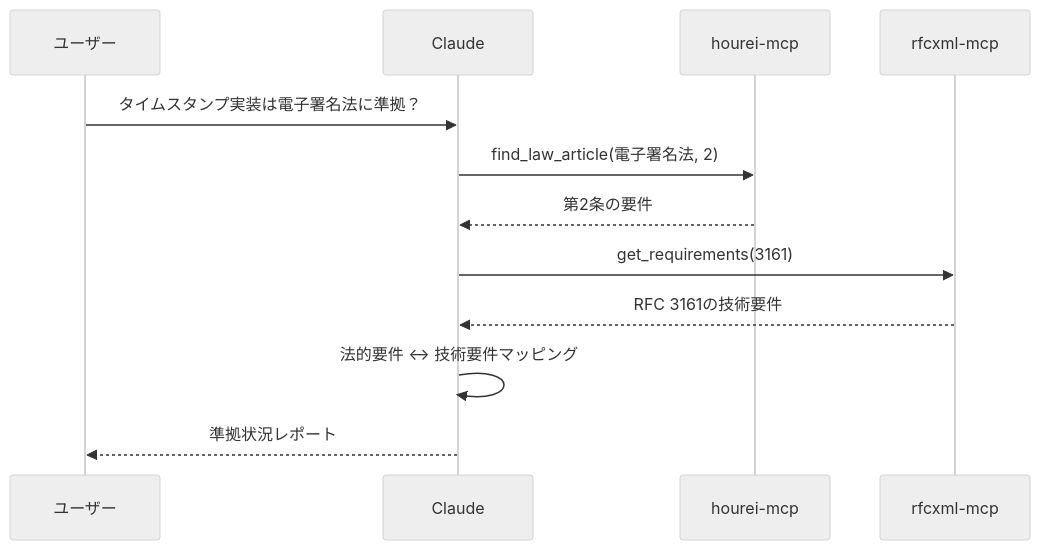
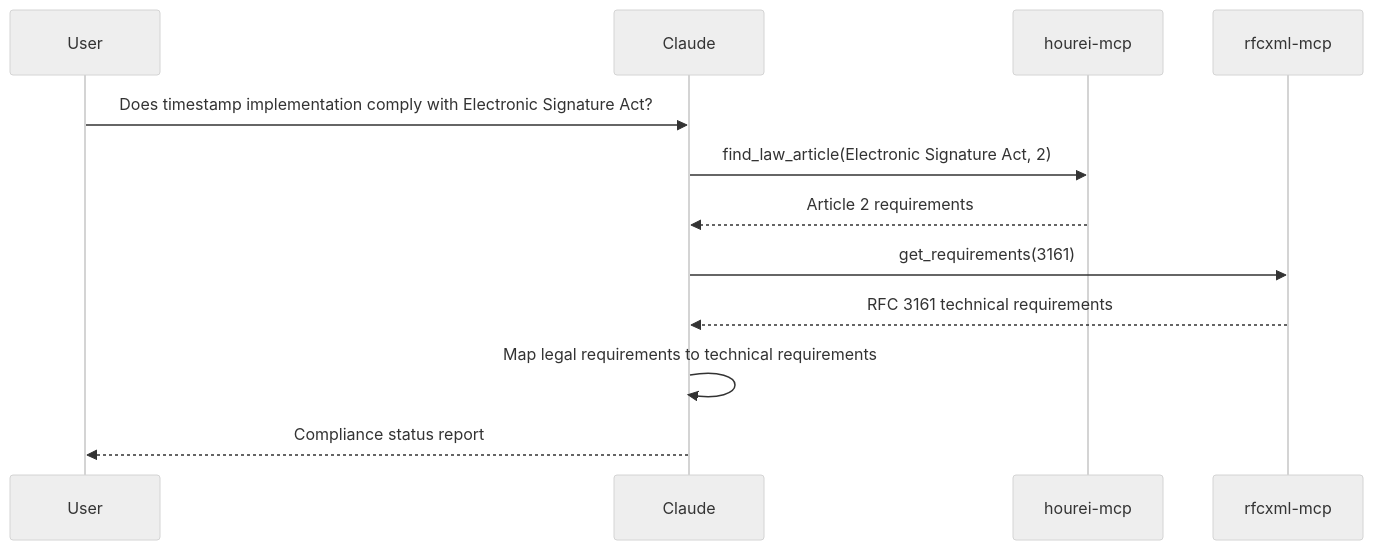
The fifth of 5 diagrams in docs/mcp/catalog.md (shuji-bonji/ai-agent-architecture), drawn with Mermaid (neutral theme) before and after one commit. The commit also changed other lines of this file and 42 other files, not shown here.

````diff
--- a/docs/mcp/catalog.md
+++ b/docs/mcp/catalog.md
@@ -285,15 +287,15 @@
 ```mermaid
 sequenceDiagram
-    participant User as ユーザー
+    participant User as User
     participant Claude as Claude
     participant Hourei as hourei-mcp
     participant RFC as rfcxml-mcp
 
-    User->>Claude: タイムスタンプ実装は電子署名法に準拠？
-    Claude->>Hourei: find_law_article(電子署名法, 2)
-    Hourei-->>Claude: 第2条の要件
+    User->>Claude: Does timestamp implementation comply with Electronic Signature Act?
+    Claude->>Hourei: find_law_article(Electronic Signature Act, 2)
+    Hourei-->>Claude: Article 2 requirements
     Claude->>RFC: get_requirements(3161)
-    RFC-->>Claude: RFC 3161の技術要件
-    Claude->>Claude: 法的要件 ↔ 技術要件マッピング
-    Claude-->>User: 準拠状況レポート
+    RFC-->>Claude: RFC 3161 technical requirements
+    Claude->>Claude: Map legal requirements to technical requirements
+    Claude-->>User: Compliance status report
 ```
````
